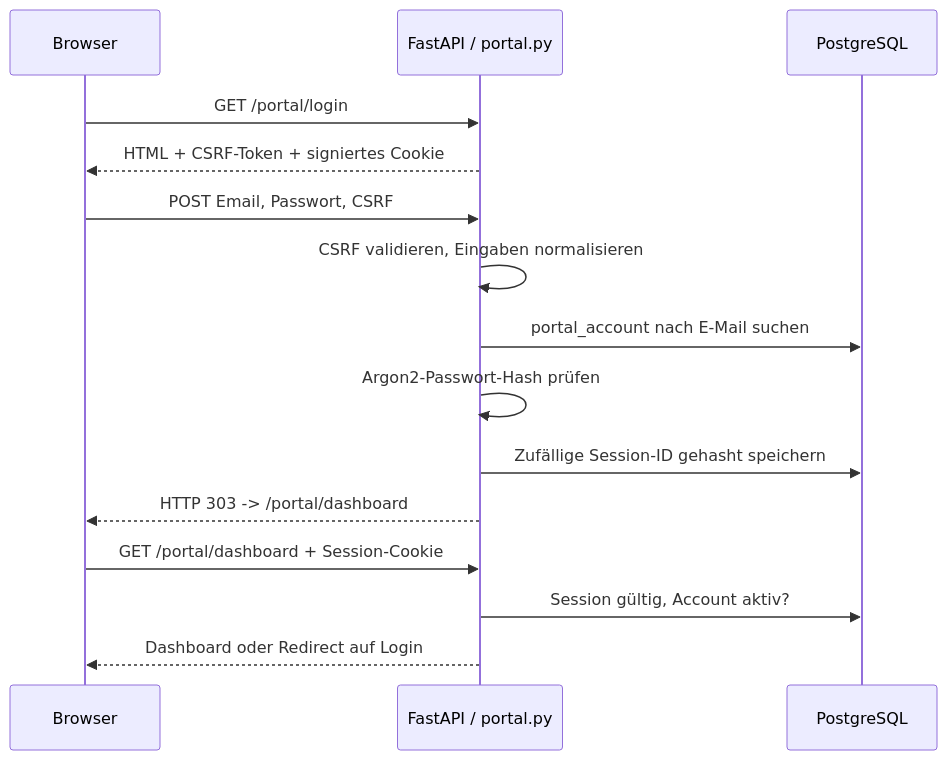
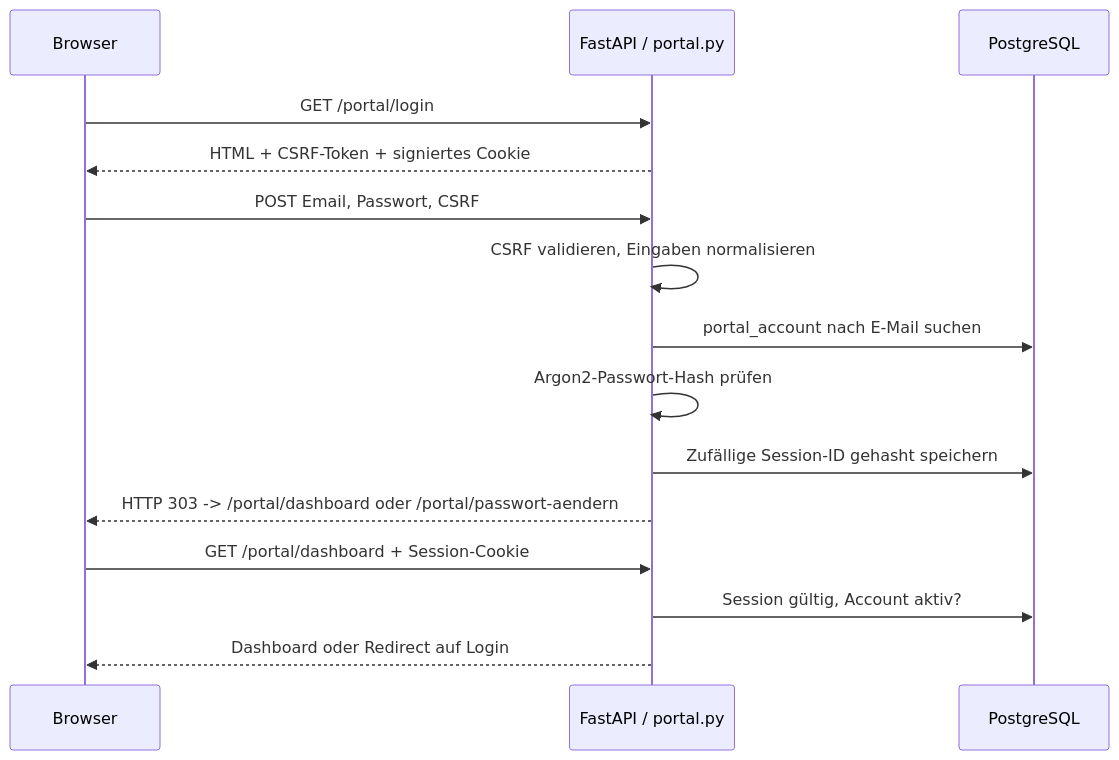
Before and after one commit to Pferdusmaximus/YANA-A-B-S: the diagram in docs/technik/teamportal-login.md, drawn with Mermaid. The commit also changed other lines of this file and 21 other files, not shown here.

````diff
--- a/docs/technik/teamportal-login.md
+++ b/docs/technik/teamportal-login.md
@@ -9,17 +9,17 @@
 ```mermaid
 sequenceDiagram
     participant U as Browser
     participant API as FastAPI / portal.py
     participant DB as PostgreSQL
     U->>API: GET /portal/login
     API-->>U: HTML + CSRF-Token + signiertes Cookie
     U->>API: POST Email, Passwort, CSRF
     API->>API: CSRF validieren, Eingaben normalisieren
     API->>DB: portal_account nach E-Mail suchen
     API->>API: Argon2-Passwort-Hash prüfen
     API->>DB: Zufällige Session-ID gehasht speichern
-    API-->>U: HTTP 303 -> /portal/dashboard
+    API-->>U: HTTP 303 -> /portal/dashboard oder /portal/passwort-aendern
     U->>API: GET /portal/dashboard + Session-Cookie
     API->>DB: Session gültig, Account aktiv?
     API-->>U: Dashboard oder Redirect auf Login
 ```
````
